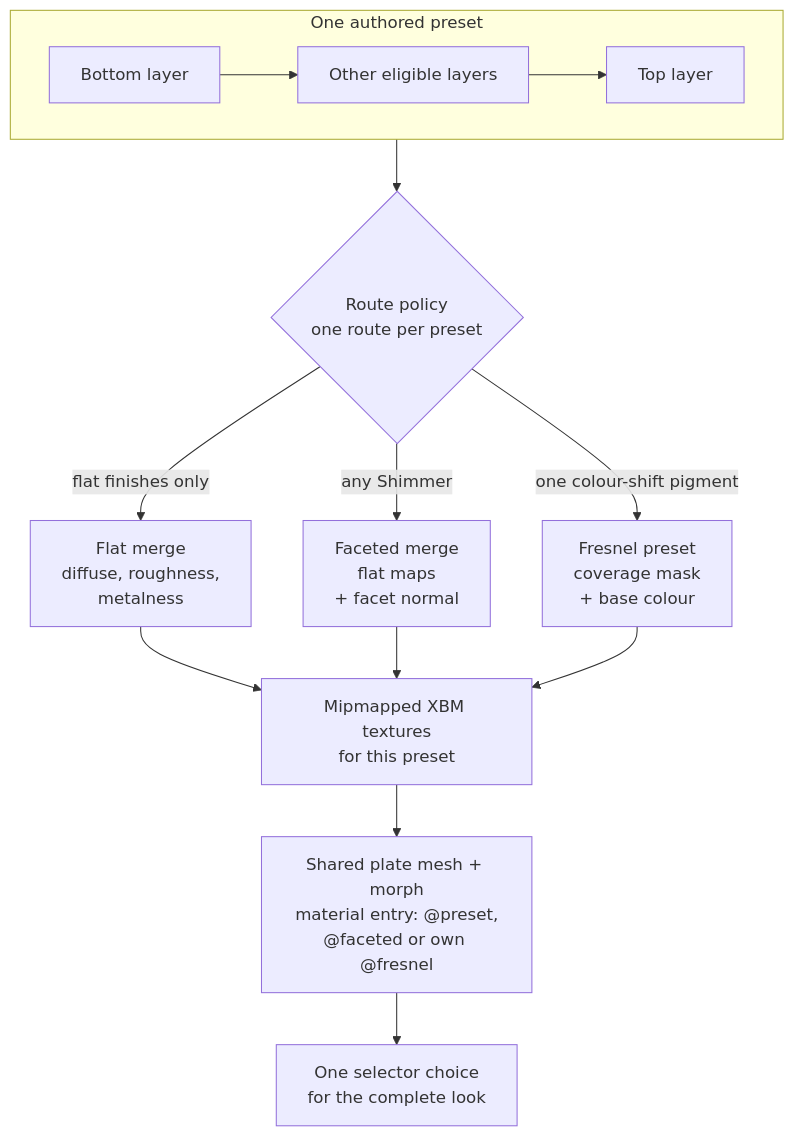
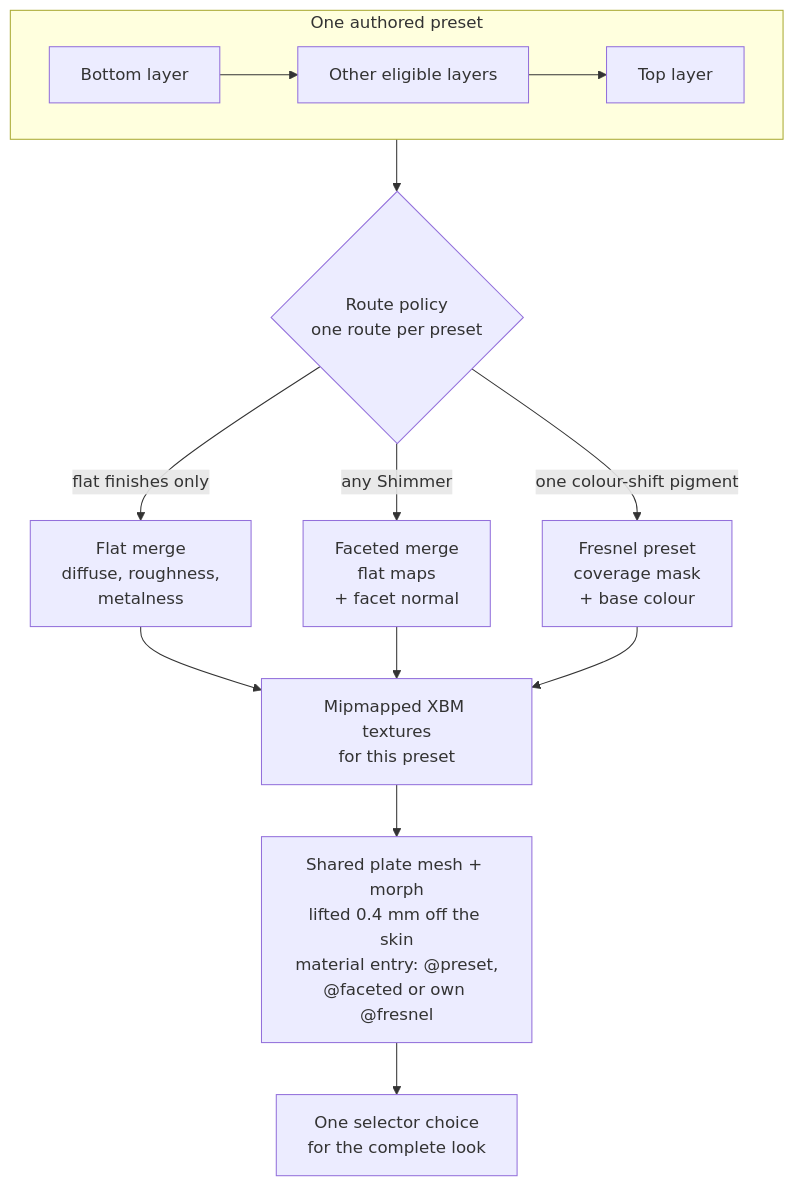
The third of 3 diagrams in research/authoring/studio-to-mod-pipeline.md (axefrog/xf-studio), drawn with Mermaid before and after one commit. The commit also changed other lines of this file and 27 other files, not shown here.

````diff
--- a/research/authoring/studio-to-mod-pipeline.md
+++ b/research/authoring/studio-to-mod-pipeline.md
@@ -105,16 +105,16 @@
 ```mermaid
 flowchart TB
   subgraph one["One authored preset"]
     direction LR
     low["Bottom layer"] --> mid["Other eligible layers"] --> top["Top layer"]
   end
   top --> route{"Route policy<br/>one route per preset"}
   route -- "flat finishes only" --> flat["Flat merge<br/>diffuse, roughness,<br/>metalness"]
   route -- "any Shimmer" --> faceted["Faceted merge<br/>flat maps<br/>+ facet normal"]
   route -- "one colour-shift pigment" --> fresnel["Fresnel preset<br/>coverage mask<br/>+ base colour"]
   flat --> maps["Mipmapped XBM textures<br/>for this preset"]
   faceted --> maps
   fresnel --> maps
-  maps --> shared["Shared plate mesh + morph<br/>material entry: @preset,<br/>@faceted or own @fresnel"]
+  maps --> shared["Shared plate mesh + morph<br/>lifted 0.4 mm off the skin<br/>material entry: @preset,<br/>@faceted or own @fresnel"]
   shared --> choice["One selector choice<br/>for the complete look"]
 ```
````
